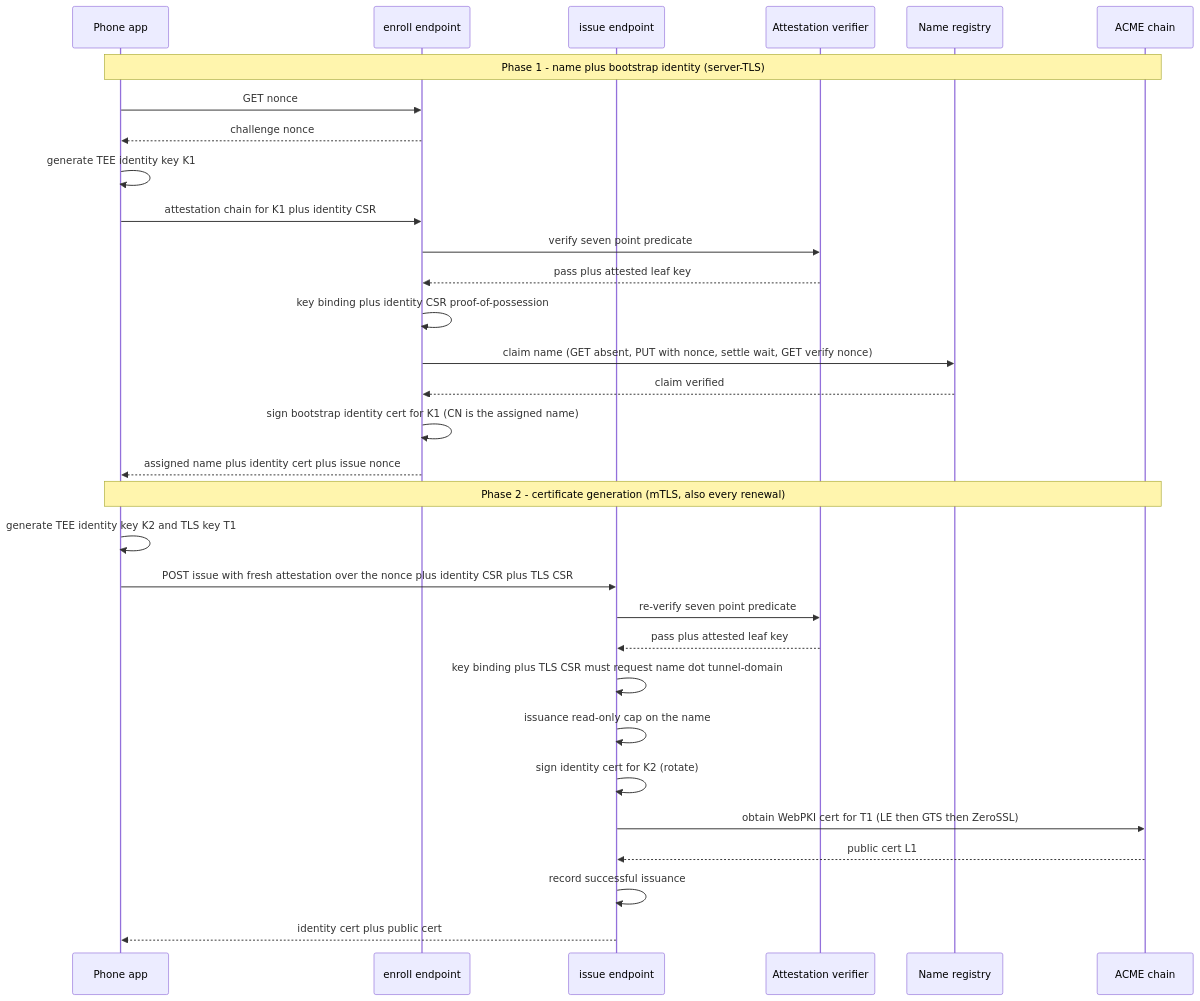
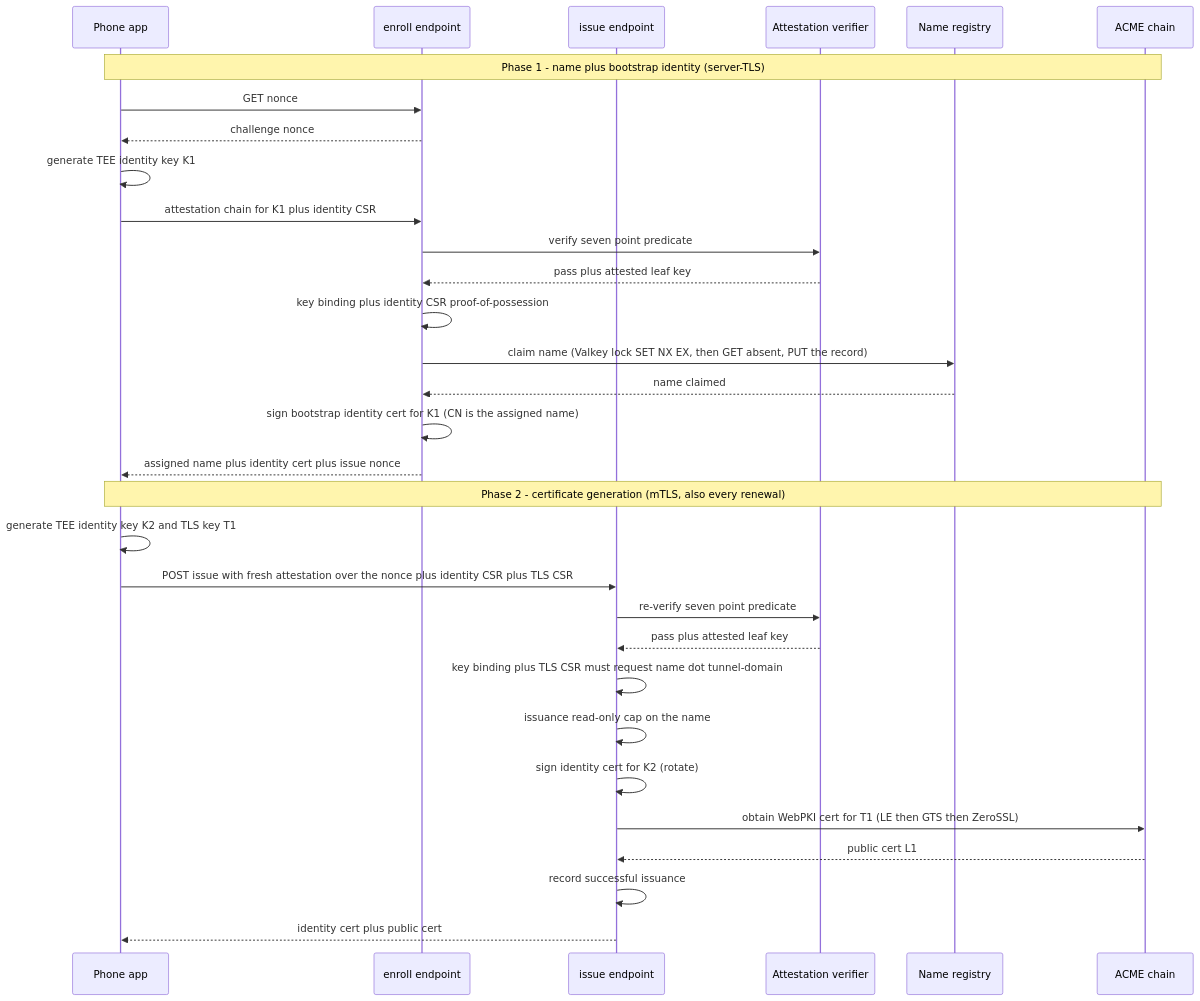
The diagram in docs/PROTOCOL.md (danielealbano/android-remote-control-mcp-tunneld), drawn with Mermaid before and after one commit. The commit also changed other lines of this file and 4 other files, not shown here.

First line of the commit message:
docs(tunneld): document the claim lock, the ACME request budgets and the device apps

````diff
--- a/docs/PROTOCOL.md
+++ b/docs/PROTOCOL.md
@@ -44,33 +44,33 @@
 ```mermaid
 sequenceDiagram
     participant PhoneApp as Phone app
     participant EP as enroll endpoint
     participant IS as issue endpoint
     participant AT as Attestation verifier
     participant REG as Name registry
     participant ACME as ACME chain
     Note over PhoneApp,ACME: Phase 1 - name plus bootstrap identity (server-TLS)
     PhoneApp->>EP: GET nonce
     EP-->>PhoneApp: challenge nonce
     PhoneApp->>PhoneApp: generate TEE identity key K1
     PhoneApp->>EP: attestation chain for K1 plus identity CSR
     EP->>AT: verify seven point predicate
     AT-->>EP: pass plus attested leaf key
     EP->>EP: key binding plus identity CSR proof-of-possession
-    EP->>REG: claim name (GET absent, PUT with nonce, settle wait, GET verify nonce)
-    REG-->>EP: claim verified
+    EP->>REG: claim name (Valkey lock SET NX EX, then GET absent, PUT the record)
+    REG-->>EP: name claimed
     EP->>EP: sign bootstrap identity cert for K1 (CN is the assigned name)
     EP-->>PhoneApp: assigned name plus identity cert plus issue nonce
     Note over PhoneApp,ACME: Phase 2 - certificate generation (mTLS, also every renewal)
     PhoneApp->>PhoneApp: generate TEE identity key K2 and TLS key T1
     PhoneApp->>IS: POST issue with fresh attestation over the nonce plus identity CSR plus TLS CSR
     IS->>AT: re-verify seven point predicate
     AT-->>IS: pass plus attested leaf key
     IS->>IS: key binding plus TLS CSR must request name dot tunnel-domain
     IS->>IS: issuance read-only cap on the name
     IS->>IS: sign identity cert for K2 (rotate)
     IS->>ACME: obtain WebPKI cert for T1 (LE then GTS then ZeroSSL)
     ACME-->>IS: public cert L1
     IS->>IS: record successful issuance
     IS-->>PhoneApp: identity cert plus public cert
 ```
````
